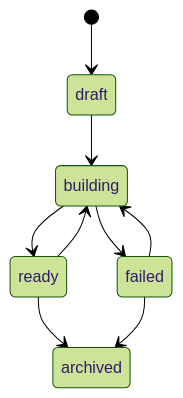
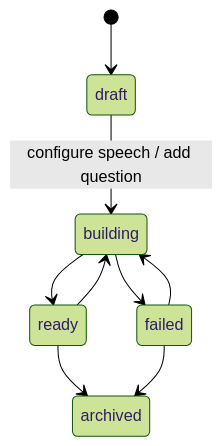
Before and after one commit to zwj19980929-netizen/interview: the first of 5 diagrams in docs/domain-model.md, drawn with Mermaid (forest theme). The commit also changed other lines of this file and 136 other files, not shown here.

````diff
--- a/docs/domain-model.md
+++ b/docs/domain-model.md
@@ -554,11 +683,11 @@
 ```mermaid
 stateDiagram-v2
   [*] --> draft
-  draft --> building
+  draft --> building: configure speech / add question
   building --> ready
   building --> failed
   failed --> building
   ready --> building
   ready --> archived
   failed --> archived
 ```
````
